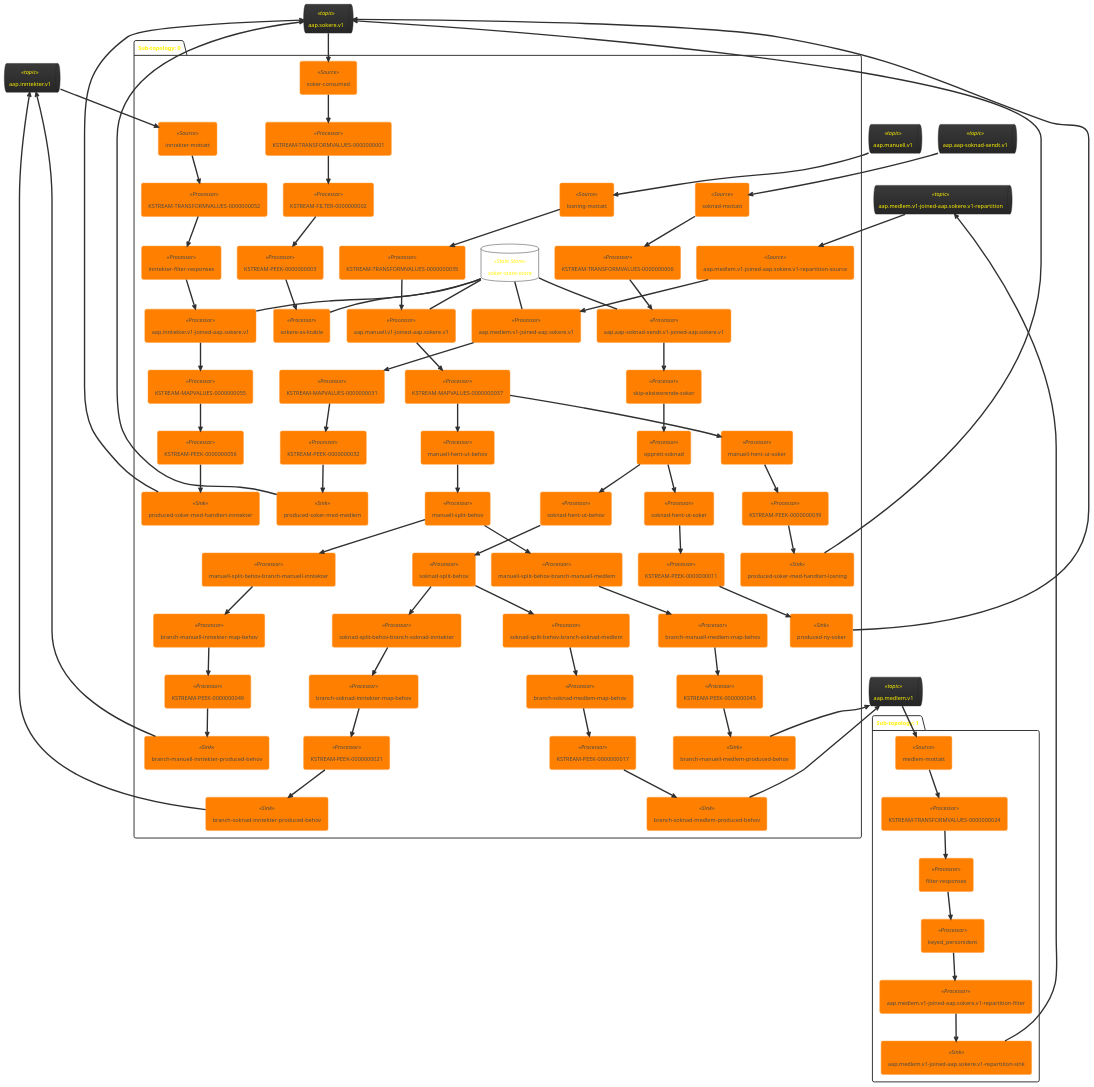
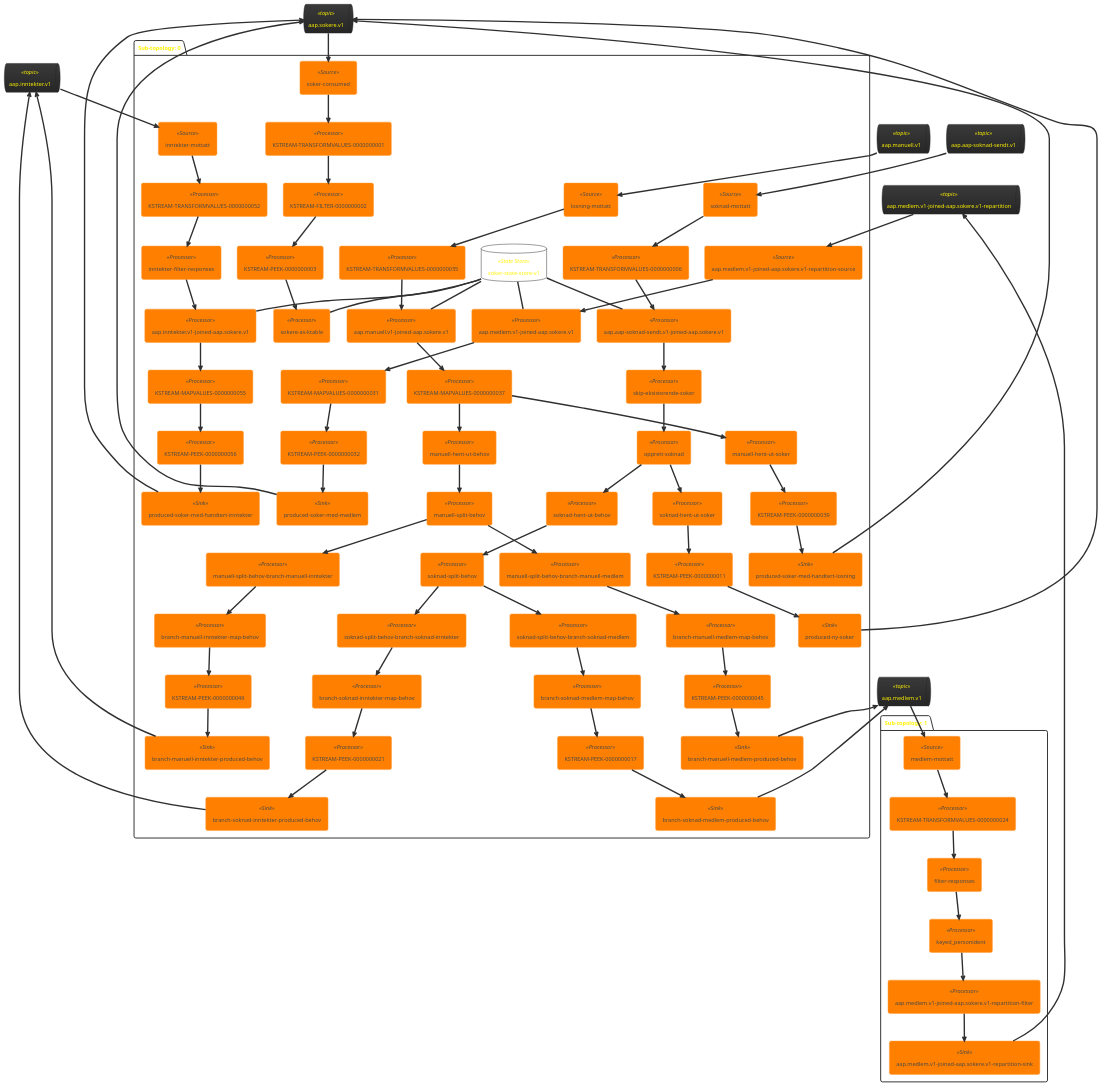
One commit to navikt/aap-vedtak changed the diagram in doc/topology.puml. Above: the diagram before and after it, drawn with PlantUML. The commit also changed 3 other files, not shown here.

```diff
--- a/doc/topology.puml
+++ b/doc/topology.puml
@@ -1,144 +1,144 @@
 @startuml
 !theme black-knight
 queue "aap.inntekter.v1" <<topic>> as aap_inntekter_v1
 queue "aap.medlem.v1" <<topic>> as aap_medlem_v1
 queue "aap.sokere.v1" <<topic>> as aap_sokere_v1
 queue "aap.aap-soknad-sendt.v1" <<topic>> as aap_aap_soknad_sendt_v1
 queue "aap.manuell.v1" <<topic>> as aap_manuell_v1
 queue "aap.medlem.v1-joined-aap.sokere.v1-repartition" <<topic>> as aap_medlem_v1_joined_aap_sokere_v1_repartition
 package "Sub-topology: 0" {
-	database "soker-state-store" <<State Store>> as soker_state_store
+	database "soker-state-store-v1" <<State Store>> as soker_state_store_v1
 	agent "soknad-mottatt" <<Source>> as soknad_mottatt
 	agent "KSTREAM-TRANSFORMVALUES-0000000006" <<Processor>> as KSTREAM_TRANSFORMVALUES_0000000006
 	agent "losning-mottatt" <<Source>> as losning_mottatt
 	agent "KSTREAM-TRANSFORMVALUES-0000000035" <<Processor>> as KSTREAM_TRANSFORMVALUES_0000000035
 	agent "aap.aap-soknad-sendt.v1-joined-aap.sokere.v1" <<Processor>> as aap_aap_soknad_sendt_v1_joined_aap_sokere_v1
 	agent "aap.manuell.v1-joined-aap.sokere.v1" <<Processor>> as aap_manuell_v1_joined_aap_sokere_v1
 	agent "skip-eksisterende-soker" <<Processor>> as skip_eksisterende_soker
 	agent "KSTREAM-MAPVALUES-0000000037" <<Processor>> as KSTREAM_MAPVALUES_0000000037
 	agent "opprett-soknad" <<Processor>> as opprett_soknad
 	agent "manuell-hent-ut-behov" <<Processor>> as manuell_hent_ut_behov
 	agent "soknad-hent-ut-behov" <<Processor>> as soknad_hent_ut_behov
 	agent "manuell-split-behov" <<Processor>> as manuell_split_behov
 	agent "soknad-split-behov" <<Processor>> as soknad_split_behov
 	agent "inntekter-mottatt" <<Source>> as inntekter_mottatt
 	agent "KSTREAM-TRANSFORMVALUES-0000000052" <<Processor>> as KSTREAM_TRANSFORMVALUES_0000000052
 	agent "aap.medlem.v1-joined-aap.sokere.v1-repartition-source" <<Source>> as aap_medlem_v1_joined_aap_sokere_v1_repartition_source
 	agent "inntekter-filter-responses" <<Processor>> as inntekter_filter_responses
 	agent "soker-consumed" <<Source>> as soker_consumed
 	agent "KSTREAM-TRANSFORMVALUES-0000000001" <<Processor>> as KSTREAM_TRANSFORMVALUES_0000000001
 	agent "aap.inntekter.v1-joined-aap.sokere.v1" <<Processor>> as aap_inntekter_v1_joined_aap_sokere_v1
 	agent "aap.medlem.v1-joined-aap.sokere.v1" <<Processor>> as aap_medlem_v1_joined_aap_sokere_v1
 	agent "manuell-split-behov-branch-manuell-inntekter" <<Processor>> as manuell_split_behov_branch_manuell_inntekter
 	agent "manuell-split-behov-branch-manuell-medlem" <<Processor>> as manuell_split_behov_branch_manuell_medlem
 	agent "soknad-split-behov-branch-soknad-inntekter" <<Processor>> as soknad_split_behov_branch_soknad_inntekter
 	agent "soknad-split-behov-branch-soknad-medlem" <<Processor>> as soknad_split_behov_branch_soknad_medlem
 	agent "KSTREAM-FILTER-0000000002" <<Processor>> as KSTREAM_FILTER_0000000002
 	agent "KSTREAM-MAPVALUES-0000000031" <<Processor>> as KSTREAM_MAPVALUES_0000000031
 	agent "KSTREAM-MAPVALUES-0000000055" <<Processor>> as KSTREAM_MAPVALUES_0000000055
 	agent "branch-manuell-inntekter-map-behov" <<Processor>> as branch_manuell_inntekter_map_behov
 	agent "branch-manuell-medlem-map-behov" <<Processor>> as branch_manuell_medlem_map_behov
 	agent "branch-soknad-inntekter-map-behov" <<Processor>> as branch_soknad_inntekter_map_behov
 	agent "branch-soknad-medlem-map-behov" <<Processor>> as branch_soknad_medlem_map_behov
 	agent "manuell-hent-ut-soker" <<Processor>> as manuell_hent_ut_soker
 	agent "soknad-hent-ut-soker" <<Processor>> as soknad_hent_ut_soker
 	agent "KSTREAM-PEEK-0000000003" <<Processor>> as KSTREAM_PEEK_0000000003
 	agent "KSTREAM-PEEK-0000000011" <<Processor>> as KSTREAM_PEEK_0000000011
 	agent "KSTREAM-PEEK-0000000017" <<Processor>> as KSTREAM_PEEK_0000000017
 	agent "KSTREAM-PEEK-0000000021" <<Processor>> as KSTREAM_PEEK_0000000021
 	agent "KSTREAM-PEEK-0000000032" <<Processor>> as KSTREAM_PEEK_0000000032
 	agent "KSTREAM-PEEK-0000000039" <<Processor>> as KSTREAM_PEEK_0000000039
 	agent "KSTREAM-PEEK-0000000045" <<Processor>> as KSTREAM_PEEK_0000000045
 	agent "KSTREAM-PEEK-0000000049" <<Processor>> as KSTREAM_PEEK_0000000049
 	agent "KSTREAM-PEEK-0000000056" <<Processor>> as KSTREAM_PEEK_0000000056
 	agent "branch-manuell-inntekter-produced-behov" <<Sink>> as branch_manuell_inntekter_produced_behov
 	agent "branch-manuell-medlem-produced-behov" <<Sink>> as branch_manuell_medlem_produced_behov
 	agent "branch-soknad-inntekter-produced-behov" <<Sink>> as branch_soknad_inntekter_produced_behov
 	agent "branch-soknad-medlem-produced-behov" <<Sink>> as branch_soknad_medlem_produced_behov
 	agent "produced-ny-soker" <<Sink>> as produced_ny_soker
 	agent "produced-soker-med-handtert-inntekter" <<Sink>> as produced_soker_med_handtert_inntekter
 	agent "produced-soker-med-handtert-losning" <<Sink>> as produced_soker_med_handtert_losning
 	agent "produced-soker-med-medlem" <<Sink>> as produced_soker_med_medlem
 	agent "sokere-as-ktable" <<Processor>> as sokere_as_ktable
 	aap_aap_soknad_sendt_v1 --> soknad_mottatt
 	aap_manuell_v1 --> losning_mottatt
-	soker_state_store -- aap_aap_soknad_sendt_v1_joined_aap_sokere_v1
-	soker_state_store -- aap_manuell_v1_joined_aap_sokere_v1
+	soker_state_store_v1 -- aap_aap_soknad_sendt_v1_joined_aap_sokere_v1
+	soker_state_store_v1 -- aap_manuell_v1_joined_aap_sokere_v1
 	aap_inntekter_v1 --> inntekter_mottatt
 	aap_medlem_v1_joined_aap_sokere_v1_repartition --> aap_medlem_v1_joined_aap_sokere_v1_repartition_source
 	aap_sokere_v1 --> soker_consumed
-	soker_state_store -- aap_inntekter_v1_joined_aap_sokere_v1
-	soker_state_store -- aap_medlem_v1_joined_aap_sokere_v1
+	soker_state_store_v1 -- aap_inntekter_v1_joined_aap_sokere_v1
+	soker_state_store_v1 -- aap_medlem_v1_joined_aap_sokere_v1
 	aap_inntekter_v1 <-- branch_manuell_inntekter_produced_behov
 	aap_medlem_v1 <-- branch_manuell_medlem_produced_behov
 	aap_inntekter_v1 <-- branch_soknad_inntekter_produced_behov
 	aap_medlem_v1 <-- branch_soknad_medlem_produced_behov
 	aap_sokere_v1 <-- produced_ny_soker
 	aap_sokere_v1 <-- produced_soker_med_handtert_inntekter
 	aap_sokere_v1 <-- produced_soker_med_handtert_losning
 	aap_sokere_v1 <-- produced_soker_med_medlem
-	soker_state_store -- sokere_as_ktable
+	soker_state_store_v1 -- sokere_as_ktable
 	soknad_mottatt --> KSTREAM_TRANSFORMVALUES_0000000006
 	KSTREAM_TRANSFORMVALUES_0000000006 --> aap_aap_soknad_sendt_v1_joined_aap_sokere_v1
 	losning_mottatt --> KSTREAM_TRANSFORMVALUES_0000000035
 	KSTREAM_TRANSFORMVALUES_0000000035 --> aap_manuell_v1_joined_aap_sokere_v1
 	aap_aap_soknad_sendt_v1_joined_aap_sokere_v1 --> skip_eksisterende_soker
 	aap_manuell_v1_joined_aap_sokere_v1 --> KSTREAM_MAPVALUES_0000000037
 	skip_eksisterende_soker --> opprett_soknad
 	KSTREAM_MAPVALUES_0000000037 --> manuell_hent_ut_behov
 	KSTREAM_MAPVALUES_0000000037 --> manuell_hent_ut_soker
 	opprett_soknad --> soknad_hent_ut_behov
 	opprett_soknad --> soknad_hent_ut_soker
 	manuell_hent_ut_behov --> manuell_split_behov
 	soknad_hent_ut_behov --> soknad_split_behov
 	manuell_split_behov --> manuell_split_behov_branch_manuell_inntekter
 	manuell_split_behov --> manuell_split_behov_branch_manuell_medlem
 	soknad_split_behov --> soknad_split_behov_branch_soknad_medlem
 	soknad_split_behov --> soknad_split_behov_branch_soknad_inntekter
 	inntekter_mottatt --> KSTREAM_TRANSFORMVALUES_0000000052
 	KSTREAM_TRANSFORMVALUES_0000000052 --> inntekter_filter_responses
 	aap_medlem_v1_joined_aap_sokere_v1_repartition_source --> aap_medlem_v1_joined_aap_sokere_v1
 	inntekter_filter_responses --> aap_inntekter_v1_joined_aap_sokere_v1
 	soker_consumed --> KSTREAM_TRANSFORMVALUES_0000000001
 	KSTREAM_TRANSFORMVALUES_0000000001 --> KSTREAM_FILTER_0000000002
 	aap_inntekter_v1_joined_aap_sokere_v1 --> KSTREAM_MAPVALUES_0000000055
 	aap_medlem_v1_joined_aap_sokere_v1 --> KSTREAM_MAPVALUES_0000000031
 	manuell_split_behov_branch_manuell_inntekter --> branch_manuell_inntekter_map_behov
 	manuell_split_behov_branch_manuell_medlem --> branch_manuell_medlem_map_behov
 	soknad_split_behov_branch_soknad_inntekter --> branch_soknad_inntekter_map_behov
 	soknad_split_behov_branch_soknad_medlem --> branch_soknad_medlem_map_behov
 	KSTREAM_FILTER_0000000002 --> KSTREAM_PEEK_0000000003
 	KSTREAM_MAPVALUES_0000000031 --> KSTREAM_PEEK_0000000032
 	KSTREAM_MAPVALUES_0000000055 --> KSTREAM_PEEK_0000000056
 	branch_manuell_inntekter_map_behov --> KSTREAM_PEEK_0000000049
 	branch_manuell_medlem_map_behov --> KSTREAM_PEEK_0000000045
 	branch_soknad_inntekter_map_behov --> KSTREAM_PEEK_0000000021
 	branch_soknad_medlem_map_behov --> KSTREAM_PEEK_0000000017
 	manuell_hent_ut_soker --> KSTREAM_PEEK_0000000039
 	soknad_hent_ut_soker --> KSTREAM_PEEK_0000000011
 	KSTREAM_PEEK_0000000003 --> sokere_as_ktable
 	KSTREAM_PEEK_0000000011 --> produced_ny_soker
 	KSTREAM_PEEK_0000000017 --> branch_soknad_medlem_produced_behov
 	KSTREAM_PEEK_0000000021 --> branch_soknad_inntekter_produced_behov
 	KSTREAM_PEEK_0000000032 --> produced_soker_med_medlem
 	KSTREAM_PEEK_0000000039 --> produced_soker_med_handtert_losning
 	KSTREAM_PEEK_0000000045 --> branch_manuell_medlem_produced_behov
 	KSTREAM_PEEK_0000000049 --> branch_manuell_inntekter_produced_behov
 	KSTREAM_PEEK_0000000056 --> produced_soker_med_handtert_inntekter
 }
 package "Sub-topology: 1" {
 	agent "medlem-mottatt" <<Source>> as medlem_mottatt
 	agent "KSTREAM-TRANSFORMVALUES-0000000024" <<Processor>> as KSTREAM_TRANSFORMVALUES_0000000024
 	agent "filter-responses" <<Processor>> as filter_responses
 	agent "keyed_personident" <<Processor>> as keyed_personident
 	agent "aap.medlem.v1-joined-aap.sokere.v1-repartition-filter" <<Processor>> as aap_medlem_v1_joined_aap_sokere_v1_repartition_filter
 	agent "aap.medlem.v1-joined-aap.sokere.v1-repartition-sink" <<Sink>> as aap_medlem_v1_joined_aap_sokere_v1_repartition_sink
 	aap_medlem_v1 --> medlem_mottatt
 	aap_medlem_v1_joined_aap_sokere_v1_repartition <-- aap_medlem_v1_joined_aap_sokere_v1_repartition_sink
 	medlem_mottatt --> KSTREAM_TRANSFORMVALUES_0000000024
 	KSTREAM_TRANSFORMVALUES_0000000024 --> filter_responses
 	filter_responses --> keyed_personident
 	keyed_personident --> aap_medlem_v1_joined_aap_sokere_v1_repartition_filter
 	aap_medlem_v1_joined_aap_sokere_v1_repartition_filter --> aap_medlem_v1_joined_aap_sokere_v1_repartition_sink
 }
 @enduml
```
